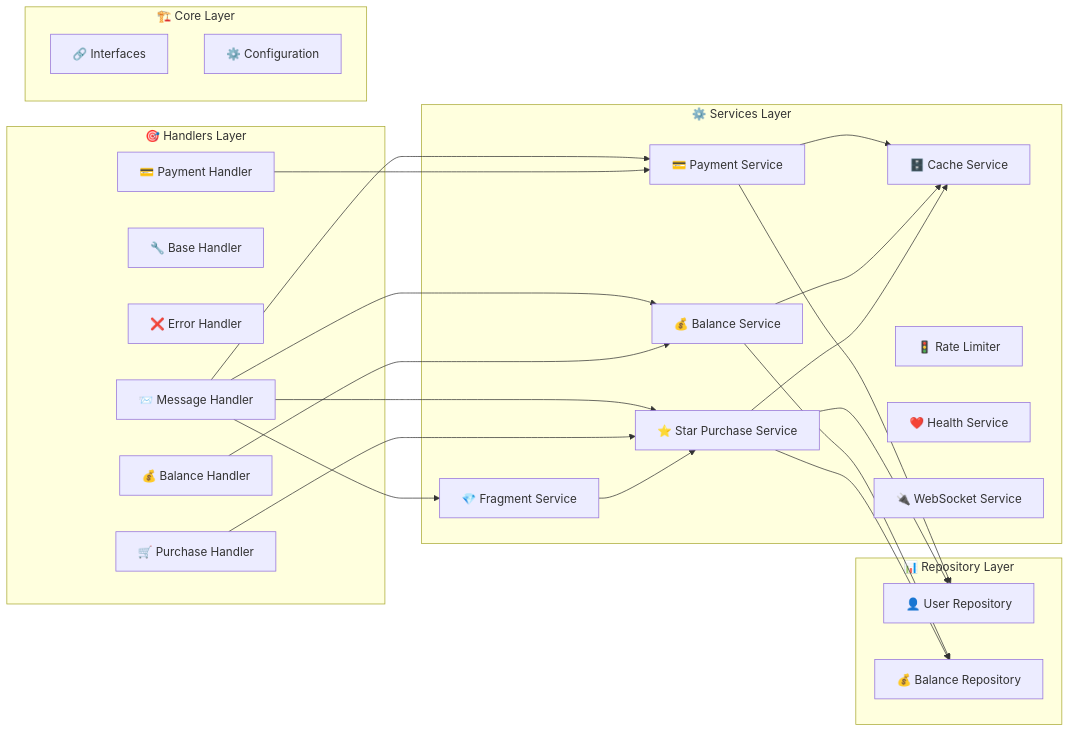
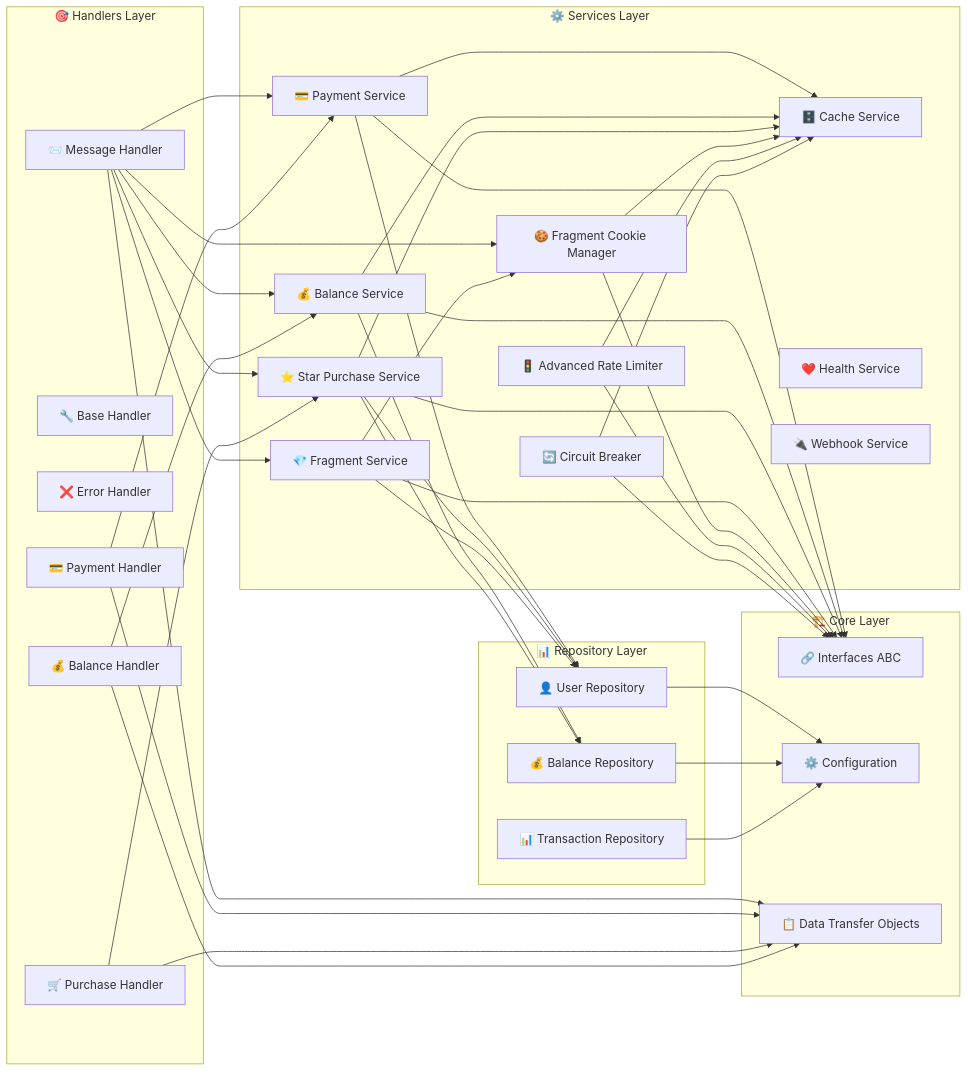
Before and after one commit to neKamita/Mirza-Telegram-Shop-Bot: the second of 11 diagrams in README.md, drawn with Mermaid. The commit also changed other lines of this file and 7 other files, not shown here.

````diff
--- a/README.md
+++ b/README.md
@@ -103,51 +126,76 @@
 ```mermaid
 flowchart LR
     subgraph handlers ["🎯 Handlers Layer"]
         MH["📨 Message Handler"]
         BH["🔧 Base Handler"]
         EH["❌ Error Handler"]
         PH["💳 Payment Handler"]
         PuH["🛒 Purchase Handler"]
         BalH["💰 Balance Handler"]
     end
 
     subgraph services ["⚙️ Services Layer"]
         PS["💳 Payment Service"]
         BS["💰 Balance Service"]
         SPS["⭐ Star Purchase Service"]
         FS["💎 Fragment Service"]
+        FCM["🍪 Fragment Cookie Manager"]
         CS["🗄️ Cache Service"]
-        RL["🚦 Rate Limiter"]
+        RL["🚦 Advanced Rate Limiter"]
+        CB["🔄 Circuit Breaker"]
         HS["❤️ Health Service"]
-        WS["🔌 WebSocket Service"]
+        WS["🔌 Webhook Service"]
     end
 
     subgraph repos ["📊 Repository Layer"]
         UR["👤 User Repository"]
         BR["💰 Balance Repository"]
+        TR["📊 Transaction Repository"]
     end
 
     subgraph core ["🏗️ Core Layer"]
-        INT["🔗 Interfaces"]
+        INT["🔗 Interfaces ABC"]
         CFG["⚙️ Configuration"]
+        DT["📋 Data Transfer Objects"]
     end
 
     MH --> PS
     MH --> BS
     MH --> SPS
     MH --> FS
+    MH --> FCM
     PH --> PS
     PuH --> SPS
     BalH --> BS
 
     PS --> UR
     BS --> BR
     SPS --> UR
     SPS --> BR
-    FS --> SPS
+    FS --> FCM
+    FS --> UR
 
     PS --> CS
     BS --> CS
     SPS --> CS
+    FCM --> CS
+    RL --> CS
+    CB --> CS
 
+    UR --> CFG
+    BR --> CFG
+    TR --> CFG
+
+    PS --> INT
+    BS --> INT
+    SPS --> INT
+    FS --> INT
+    FCM --> INT
+    RL --> INT
+    CB --> INT
+
+    MH --> DT
+    PH --> DT
+    PuH --> DT
+    BalH --> DT
 ```
````
